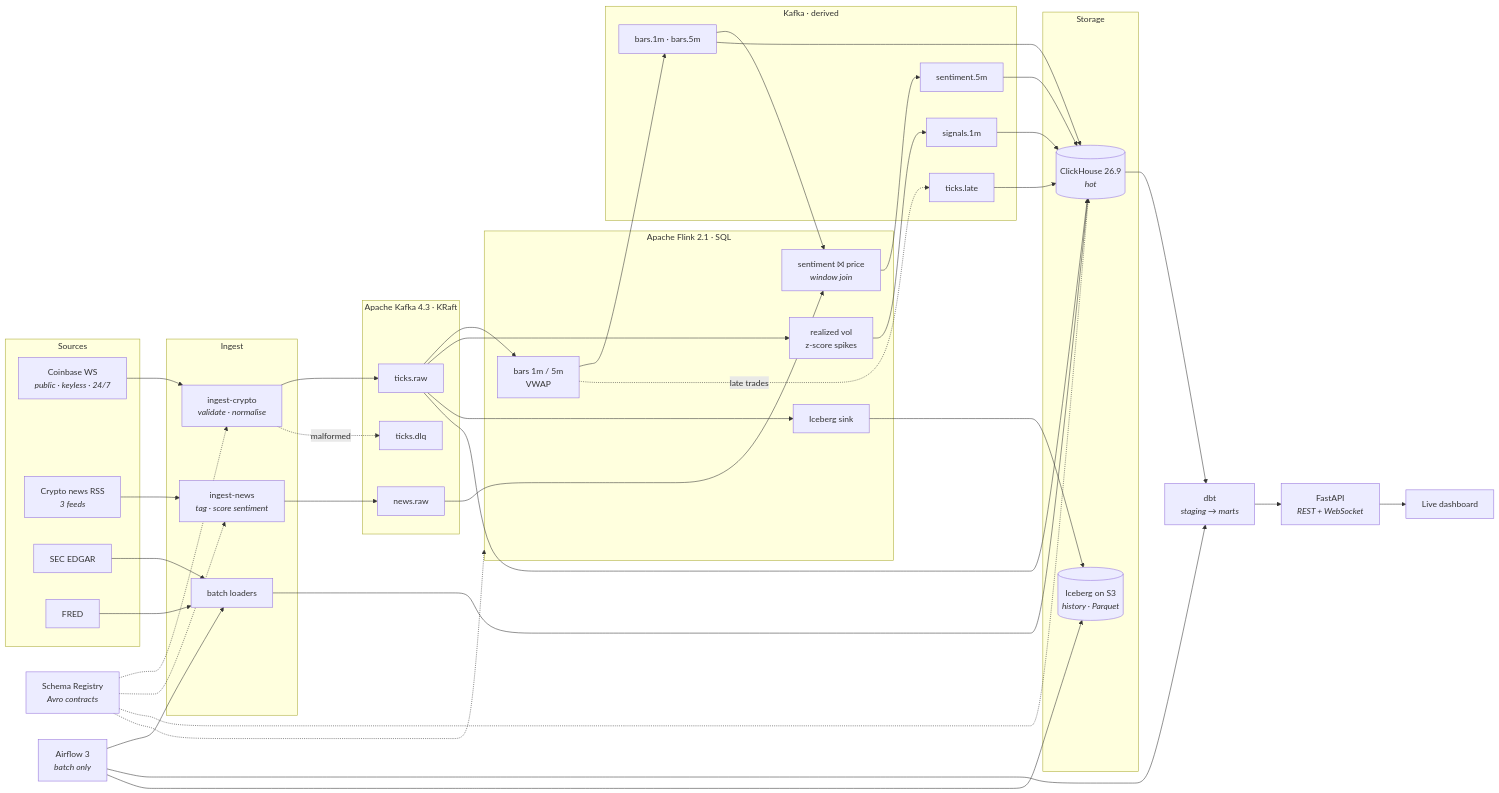
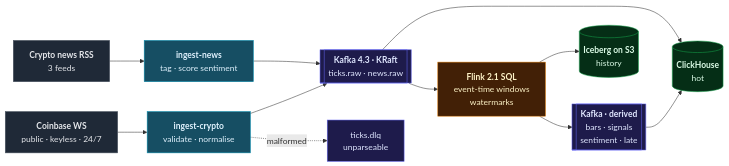
Before and after one commit to ElfatihZiad/realtime-market-data-pipeline: the first of 4 diagrams in README.md, drawn with Mermaid. The commit also changed other lines of this file, not shown here.

Commit message:
Fix the Mermaid diagrams: semicolon broke the sequence diagram
`;` is a statement separator in Mermaid, so

    Note over C: bar is settled; it will not change

ended the note and tried to parse "it will not change" as a new statement,
which is why GitHub reported "Expecting ... got 'NEWLINE'" and refused to
render. Replaced with an em dash.

Two layout fixes found while verifying by actually rendering rather than
eyeballing the source:

- The architecture diagram parsed but was spaghetti: the Schema Registry
  fanned out to four targets and bars fed back into Flink, so the layout
  engine crossed edges everywhere and the derived-topics group floated
  loose. Split into two readable diagrams -- the streaming path, then
  serving/transformation/orchestration -- with the registry described in
  prose, since it sits behind all three stages rather than inside any one.
- The medallion diagram was `flowchart TD`, which stacked twelve nodes into
  a column roughly ten times taller than it was wide. Now `LR`, with each
  layer stacked internally.

All four blocks verified by rendering them with mermaid-cli and looking at
the output, not just by checking they parse.

````diff
--- a/README.md
+++ b/README.md
@@ -23,68 +25,38 @@
 ```mermaid
 flowchart LR
-  subgraph SRC["Sources"]
-    CB["Coinbase WS<br/><i>public · keyless · 24/7</i>"]
-    RSS["Crypto news RSS<br/><i>3 feeds</i>"]
-    SEC["SEC EDGAR"]
-    FRED["FRED"]
-  end
+  CB["<b>Coinbase WS</b><br/>public · keyless · 24/7"]
+  RSS["<b>Crypto news RSS</b><br/>3 feeds"]
 
-  subgraph ING["Ingest"]
-    IC["ingest-crypto<br/><i>validate · normalise</i>"]
-    IN["ingest-news<br/><i>tag · score sentiment</i>"]
-    BATCH["batch loaders"]
-  end
+  IC["<b>ingest-crypto</b><br/>validate · normalise"]
+  IN["<b>ingest-news</b><br/>tag · score sentiment"]
 
-  subgraph KAFKA["Apache Kafka 4.3 · KRaft"]
-    T1["ticks.raw"]
-    T2["news.raw"]
-    DLQ["ticks.dlq"]
-  end
+  RAW[["<b>Kafka 4.3 · KRaft</b><br/>ticks.raw · news.raw"]]
+  DLQ["ticks.dlq<br/>unparseable"]
 
-  SR["Schema Registry<br/><i>Avro contracts</i>"]
+  FL["<b>Flink 2.1 SQL</b><br/>event-time windows<br/>watermarks"]
 
-  subgraph FLINK["Apache Flink 2.1 · SQL"]
-    J1["bars 1m / 5m<br/>VWAP"]
-    J2["realized vol<br/>z-score spikes"]
-    J3["sentiment ⨝ price<br/><i>window join</i>"]
-    J4["Iceberg sink"]
-  end
+  DER[["<b>Kafka · derived</b><br/>bars · signals<br/>sentiment · late"]]
 
-  subgraph OUT["Kafka · derived"]
-    B["bars.1m · bars.5m"]
-    S["signals.1m"]
-    SENT["sentiment.5m"]
-    LATE["ticks.late"]
-  end
+  CH[("<b>ClickHouse</b><br/>hot")]
+  ICE[("<b>Iceberg on S3</b><br/>history")]
 
-  subgraph STORE["Storage"]
-    CH[("ClickHouse 26.9<br/><i>hot</i>")]
-    ICE[("Iceberg on S3<br/><i>history · Parquet</i>")]
-  end
+  CB --> IC --> RAW
+  RSS --> IN --> RAW
+  IC -. malformed .-> DLQ
+  RAW --> FL
+  FL --> DER
+  FL --> ICE
+  DER --> CH
+  RAW --> CH
 
-  DBT["dbt<br/><i>staging → marts</i>"]
-  API["FastAPI<br/><i>REST + WebSocket</i>"]
-  UI["Live dashboard"]
-  AF["Airflow 3<br/><i>batch only</i>"]
-
-  CB --> IC --> T1
-  RSS --> IN --> T2
-  SEC & FRED --> BATCH --> CH
-  IC -.malformed.-> DLQ
-
-  SR -.-> IC & IN & FLINK & CH
-
-  T1 --> J1 & J2 & J4
-  T2 --> J3
-  B --> J3
-
-  J1 --> B
-  J2 --> S
-  J3 --> SENT
-  J1 -.late trades.-> LATE
-  J4 --> ICE
-
-  B & S & SENT & LATE & T1 --> CH
-  CH --> DBT --> API --> UI
-  AF --> BATCH & DBT & ICE
+  classDef src fill:#1f2937,stroke:#4b5563,color:#e5e7eb
+  classDef svc fill:#164e63,stroke:#0891b2,color:#e0f2fe
+  classDef bus fill:#1e1b4b,stroke:#6366f1,color:#e0e7ff
+  classDef eng fill:#422006,stroke:#d97706,color:#fef3c7
+  classDef sink fill:#052e16,stroke:#16a34a,color:#dcfce7
+  class CB,RSS src
+  class IC,IN svc
+  class RAW,DER,DLQ bus
+  class FL eng
+  class CH,ICE sink
 ```
````
